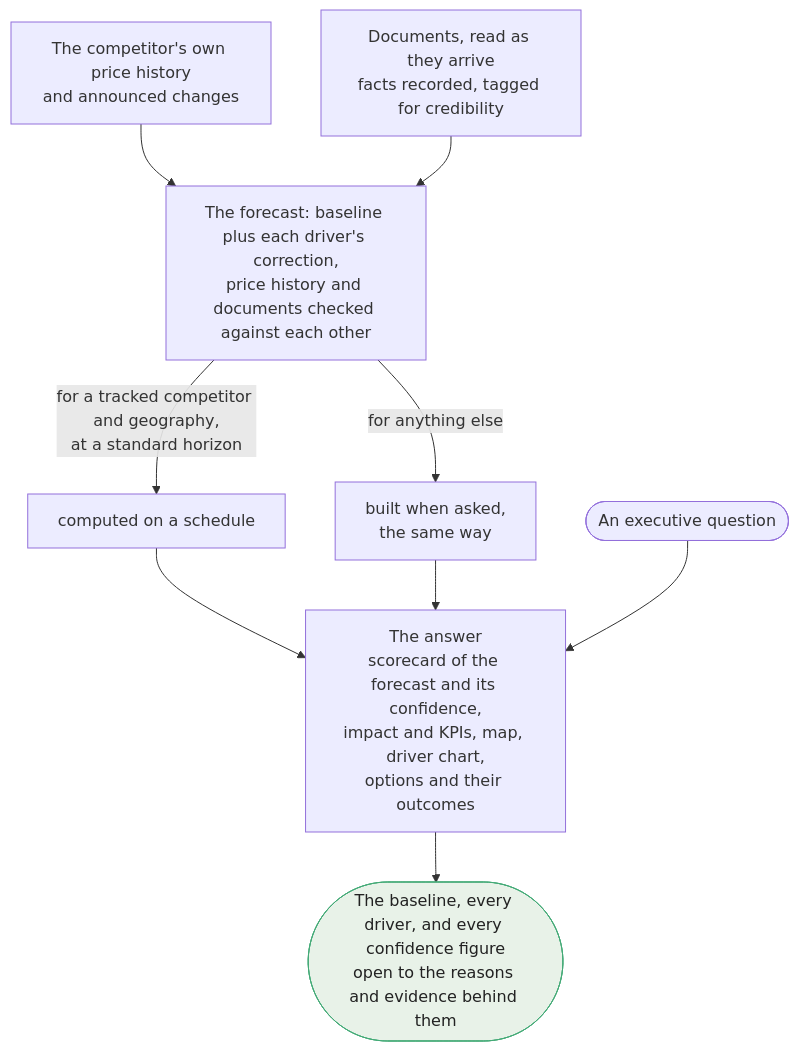
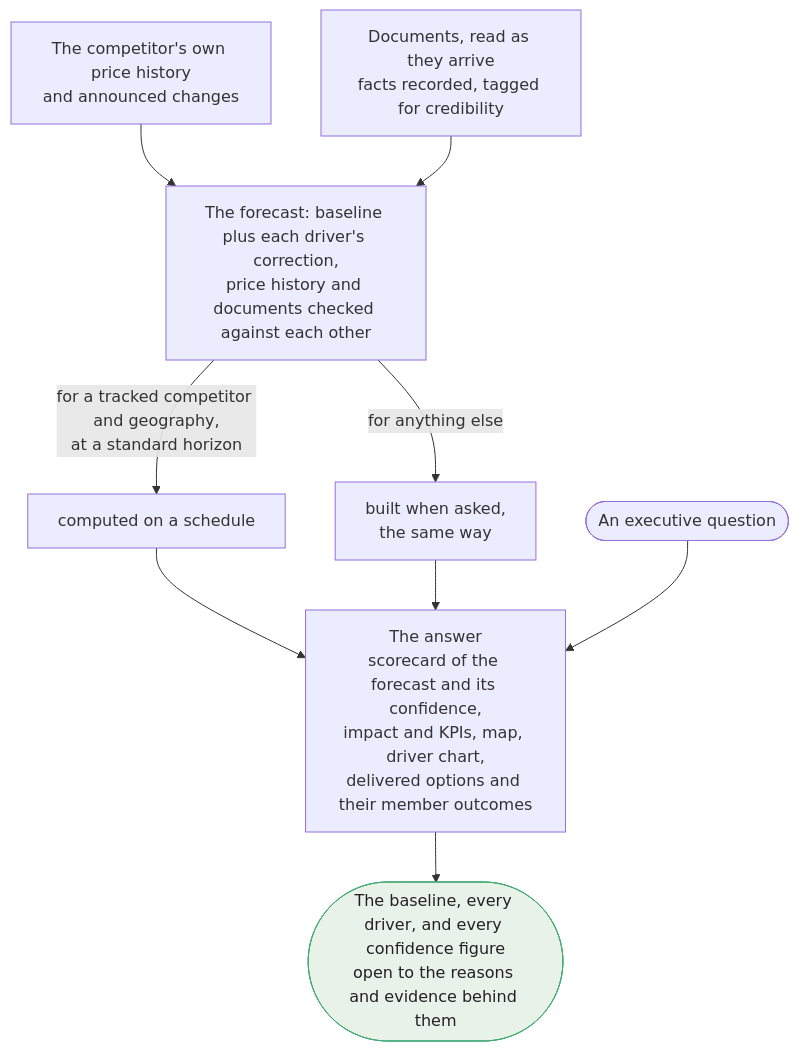
Before and after one commit to billy-atkins/price-horizon: the second of 4 diagrams in specs/application/product/architecture.md, drawn with Mermaid. The commit also changed other lines of this file and 13 other files, not shown here.

````diff
--- a/specs/application/product/architecture.md
+++ b/specs/application/product/architecture.md
@@ -137,22 +137,22 @@
 ```mermaid
 ---
 config:
   layout: dagre
 ---
 flowchart TD
     HIST["The competitor's own price history<br/>and announced changes"]
     DOCS["Documents, read as they arrive<br/>facts recorded, tagged for credibility"]
     HIST --> BUILD
     DOCS --> BUILD
     BUILD["The forecast: baseline plus each driver's correction,<br/>price history and documents checked against each other"]
     BUILD -->|"for a tracked competitor and geography,<br/>at a standard horizon"| BUILT["computed on a schedule"]
     BUILD -->|"for anything else"| LIVE["built when asked,<br/>the same way"]
     BUILT --> ANS
     LIVE --> ANS
     Q(["An executive question"]) --> ANS
-    ANS["The answer<br/>scorecard of the forecast and its confidence,<br/>impact and KPIs, map, driver chart,<br/>options and their outcomes"]
+    ANS["The answer<br/>scorecard of the forecast and its confidence,<br/>impact and KPIs, map, driver chart,<br/>delivered options and their member outcomes"]
     ANS --> WHY(["The baseline, every driver, and every confidence figure<br/>open to the reasons and evidence behind them"])
 
     classDef done fill:#e8f2e8,stroke:#4a7,color:#222
     class WHY done
 ```
````
